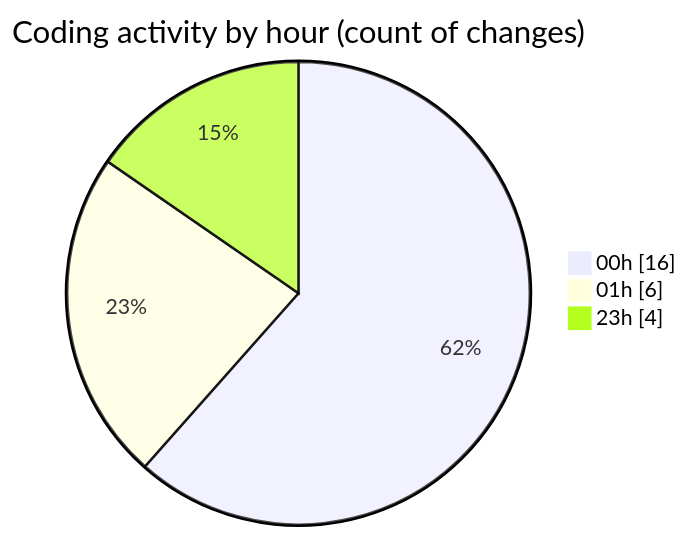
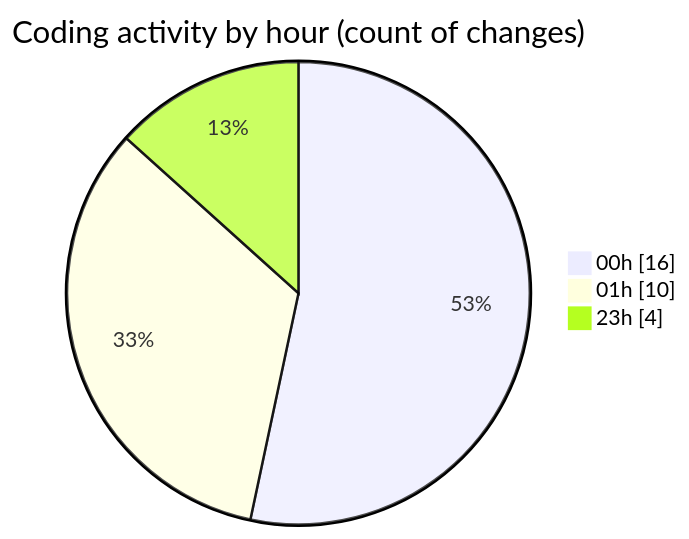
Before and after one commit to julien-gomy/code-tracking: the second of 2 diagrams in 2025-11-23/eventscop-frontend-guide__workspace_/README.md, drawn with Mermaid. The commit also changed other lines of this file and 1 other file, not shown here.

````diff
--- a/2025-11-23/eventscop-frontend-guide__workspace_/README.md
+++ b/2025-11-23/eventscop-frontend-guide__workspace_/README.md
@@ -36,7 +39,7 @@
 ```mermaid
 pie showData
 title Coding activity by hour (count of changes)
 "00h" : 16
-"01h" : 6
+"01h" : 10
 "23h" : 4
 ```
````
